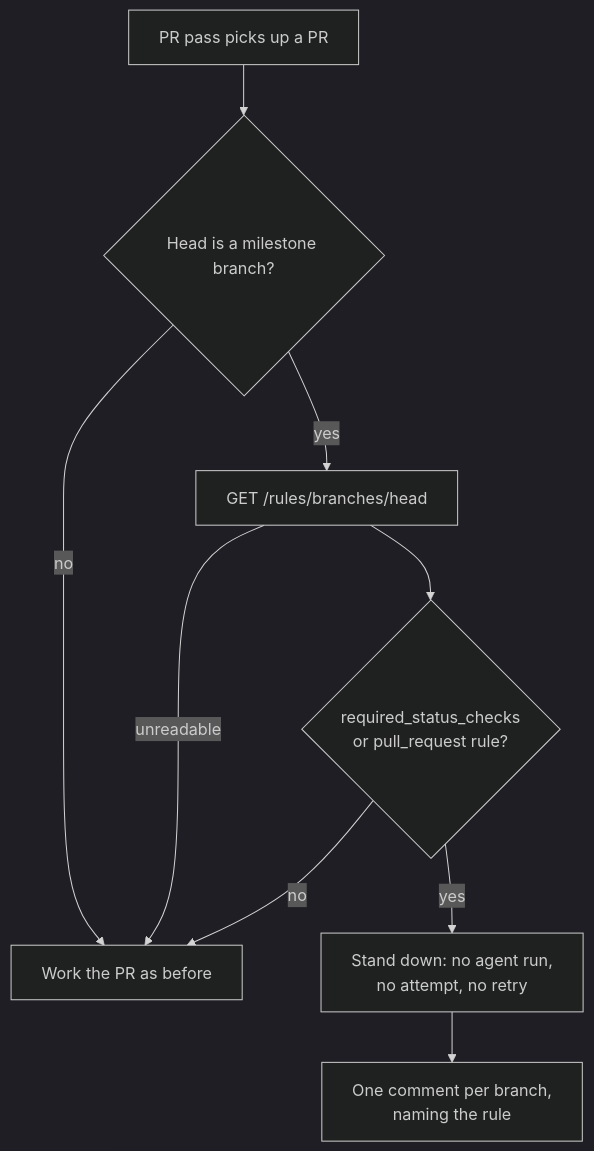
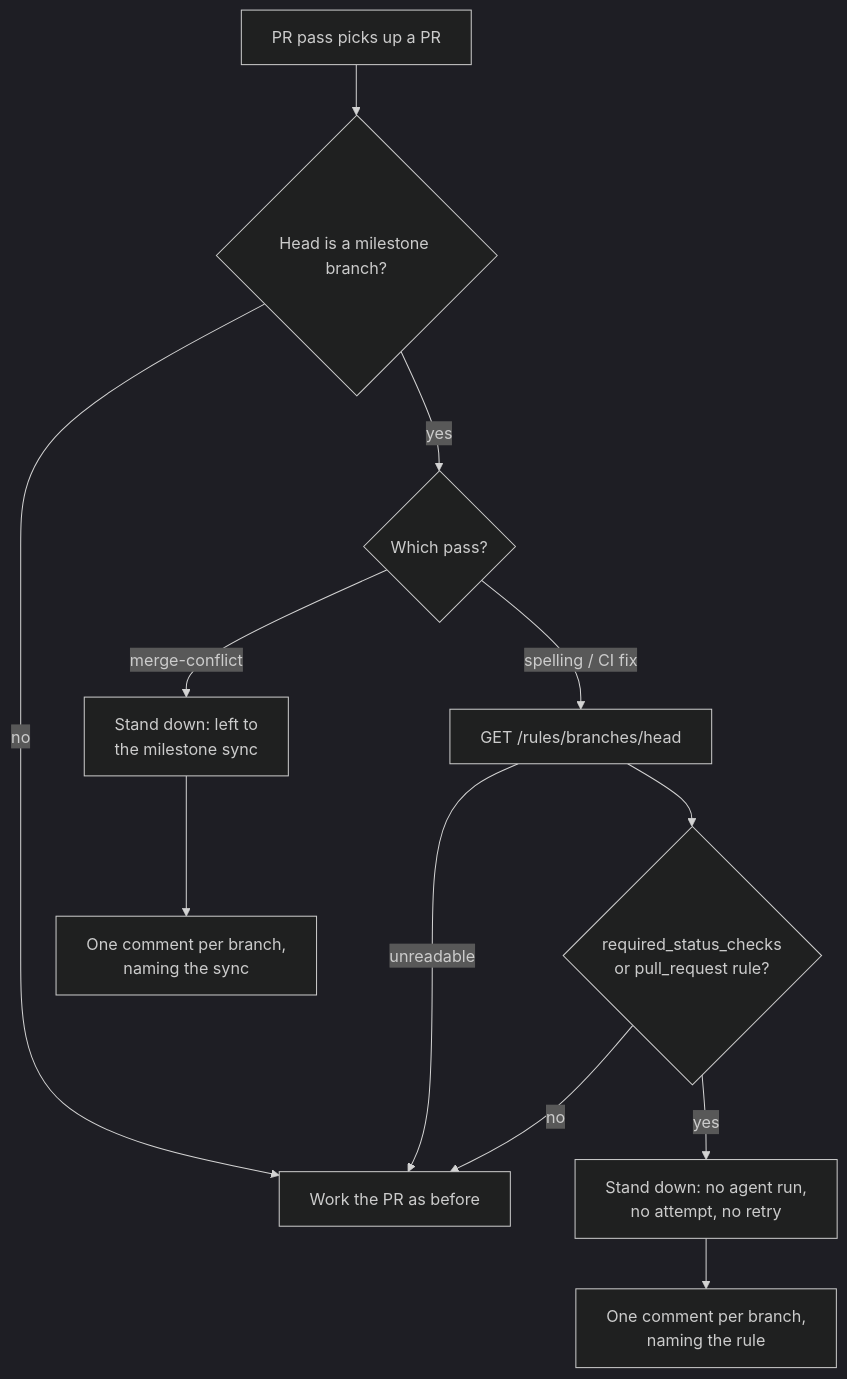
One commit to stSoftwareAU/VibeCoder changed the tenth of 10 diagrams in docs/MERGE.md. Above: the diagram before and after it, drawn with Mermaid (dark theme). The commit also changed other lines of this file and 5 other files, not shown here.

First line of the commit message:
Merge-conflict pass: uncharge a ruleset-refused push, leave milestone heads to the sync

````diff
--- a/docs/MERGE.md
+++ b/docs/MERGE.md
@@ -680,11 +680,14 @@
 ```mermaid
 flowchart TD
     A[PR pass picks up a PR] --> B{"Head is a milestone branch?"}
     B -- no --> W[Work the PR as before]
-    B -- yes --> C[GET /rules/branches/head]
+    B -- yes --> M{"Which pass?"}
+    M -- merge-conflict --> S["Stand down: left to<br/>the milestone sync"]
+    M -- spelling / CI fix --> C[GET /rules/branches/head]
     C -- unreadable --> W
     C --> D{"required_status_checks<br/>or pull_request rule?"}
     D -- no --> W
     D -- yes --> E[Stand down: no agent run,<br/>no attempt, no retry]
     E --> F[One comment per branch,<br/>naming the rule]
+    S --> F2[One comment per branch,<br/>naming the sync]
 ```
````
